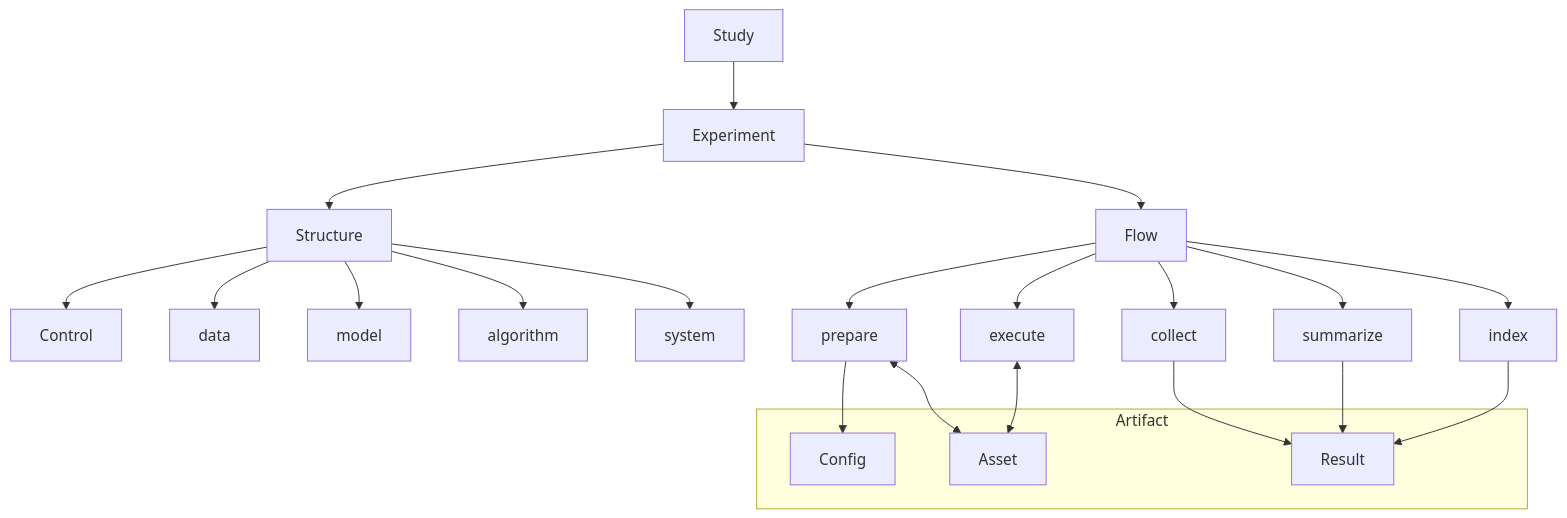
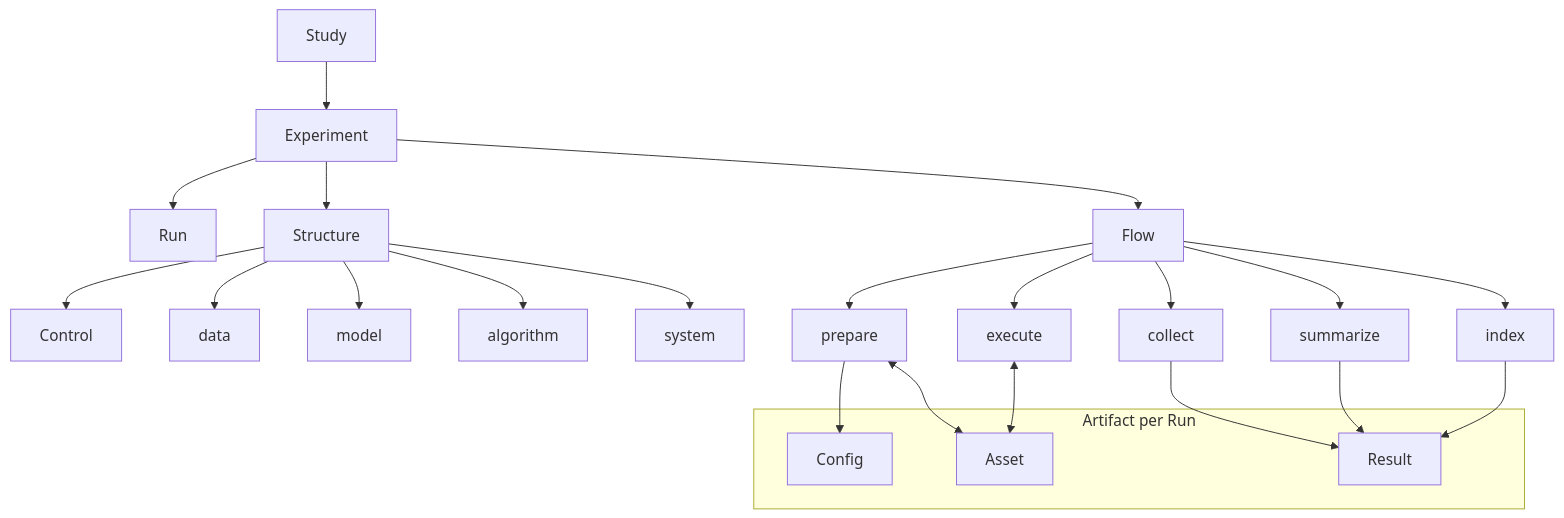
One commit to diaoenmao/RPipe changed the first of 4 diagrams in docs/CONCEPT.md. Above: the diagram before and after it, drawn with Mermaid. The commit also changed other lines of this file and 2 other files, not shown here.

First line of the commit message:
Align CONCEPT and LAYOUT with Run id and hash-based paths.

````diff
--- a/docs/CONCEPT.md
+++ b/docs/CONCEPT.md
@@ -52,27 +52,28 @@
 ```mermaid
 flowchart TB
   Study --> Experiment
+  Experiment --> Run
   Experiment --> Structure
   Experiment --> Flow
   Structure --> Control
   Structure --> data
   Structure --> model
   Structure --> algorithm
   Structure --> system
   Flow --> prepare
   Flow --> execute
   Flow --> collect
   Flow --> summarize
   Flow --> index_phase[index]
-  subgraph Artifact_sub [Artifact]
+  subgraph Artifact_sub [Artifact per Run]
     Config
     Result
     Asset
   end
   prepare --> Config
   prepare <--> Asset
   execute <--> Asset
   collect --> Result
   summarize --> Result
   index_phase --> Result
 ```
````
